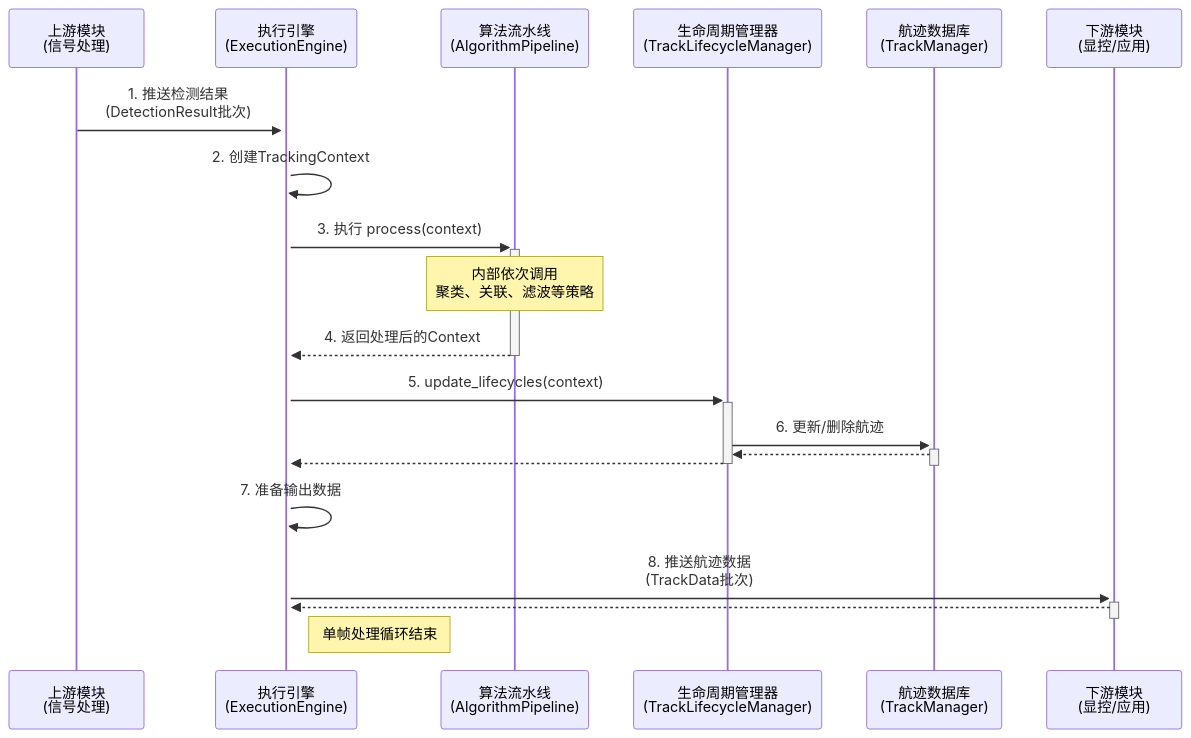
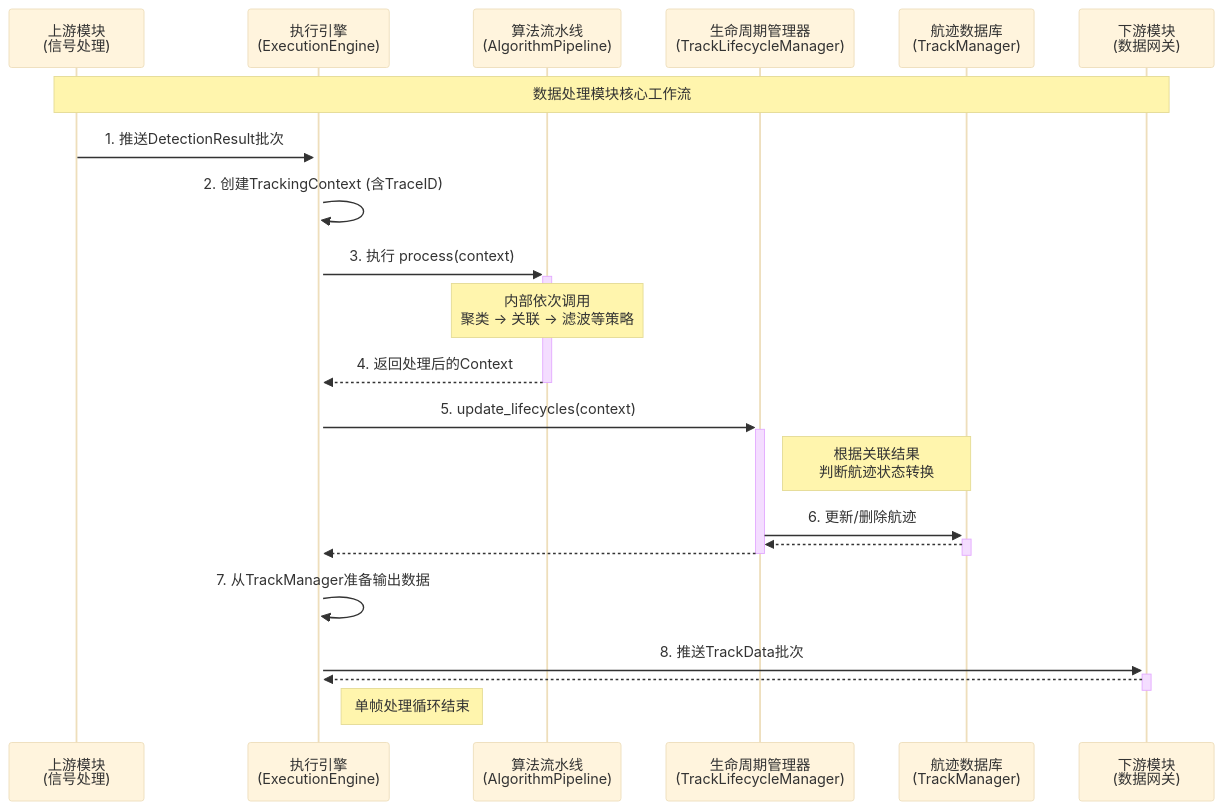
Before and after one commit to wendizhou99-cell/Radar: the third of 11 diagrams in docs/01_项目设计/02_模块设计/03_数据处理模块设计.md, drawn with Mermaid. The commit also changed other lines of this file and 26 other files, not shown here.

First line of the commit message:
docs: 完成数据架构文档系列重构和Mermaid可视化指南增强

````diff
--- a/docs/01_项目设计/02_模块设计/03_数据处理模块设计.md
+++ b/docs/01_项目设计/02_模块设计/03_数据处理模块设计.md
@@ -298,28 +248,37 @@
 ```mermaid
+---
+config:
+  theme: base
+  flowchart:
+    curve: basis
+---
 sequenceDiagram
-    participant Upstream as 上游模块<br>(信号处理)
-    participant ExecEngine as 执行引擎<br>(ExecutionEngine)
-    participant AlgoPipeline as 算法流水线<br>(AlgorithmPipeline)
-    participant LifecycleMgr as 生命周期管理器<br>(TrackLifecycleManager)
-    participant TrackMgr as 航迹数据库<br>(TrackManager)
-    participant Downstream as 下游模块<br>(显控/应用)
+    participant Upstream as 上游模块<br/>(信号处理)
+    participant ExecEngine as 执行引擎<br/>(ExecutionEngine)
+    participant AlgoPipeline as 算法流水线<br/>(AlgorithmPipeline)
+    participant LifecycleMgr as 生命周期管理器<br/>(TrackLifecycleManager)
+    participant TrackMgr as 航迹数据库<br/>(TrackManager)
+    participant Downstream as 下游模块<br/>(数据网关)
 
-    Upstream->>+ExecEngine: 1. 推送检测结果<br>(DetectionResult批次)
-    ExecEngine->>ExecEngine: 2. 创建TrackingContext
+    Note over Upstream,Downstream: 数据处理模块核心工作流
+
+    Upstream->>+ExecEngine: 1. 推送DetectionResult批次
+    ExecEngine->>ExecEngine: 2. 创建TrackingContext (含TraceID)
     ExecEngine->>+AlgoPipeline: 3. 执行 process(context)
 
-    Note over AlgoPipeline: 内部依次调用<br/>聚类、关联、滤波等策略
+    Note over AlgoPipeline: 内部依次调用<br/>聚类 -> 关联 -> 滤波等策略
 
     AlgoPipeline-->>-ExecEngine: 4. 返回处理后的Context
 
     ExecEngine->>+LifecycleMgr: 5. update_lifecycles(context)
+    Note right of LifecycleMgr: 根据关联结果<br/>判断航迹状态转换
     LifecycleMgr->>+TrackMgr: 6. 更新/删除航迹
     TrackMgr-->>-LifecycleMgr:
     LifecycleMgr-->>-ExecEngine:
 
-    ExecEngine->>ExecEngine: 7. 准备输出数据
-    ExecEngine->>+Downstream: 8. 推送航迹数据<br>(TrackData批次)
+    ExecEngine->>ExecEngine: 7. 从TrackManager准备输出数据
+    ExecEngine->>+Downstream: 8. 推送TrackData批次
     Downstream-->>-ExecEngine:
 
     Note right of ExecEngine: 单帧处理循环结束
 ```
````
